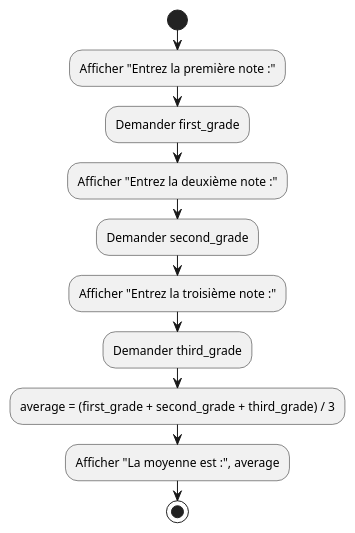
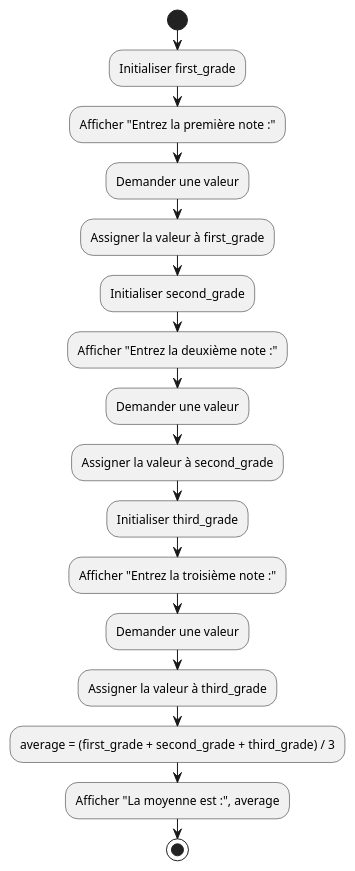
The first of 10 diagrams in 02.01-sequence-selection-iteration/02-exercices/README.md (HEIG-VD-Prog-Course/HEIG-VD-ProgIM-Course), drawn with PlantUML before and after one commit. The commit also changed other lines of this file, not shown here.

````diff
--- a/02.01-sequence-selection-iteration/02-exercices/README.md
+++ b/02.01-sequence-selection-iteration/02-exercices/README.md
@@ -126,14 +140,20 @@
 ```plantuml
 @startuml
 start
+:Initialiser first_grade;
 :Afficher "Entrez la première note :";
-:Demander first_grade;
+:Demander une valeur;
+:Assigner la valeur à first_grade;
+:Initialiser second_grade;
 :Afficher "Entrez la deuxième note :";
-:Demander second_grade;
+:Demander une valeur;
+:Assigner la valeur à second_grade;
+:Initialiser third_grade;
 :Afficher "Entrez la troisième note :";
-:Demander third_grade;
+:Demander une valeur;
+:Assigner la valeur à third_grade;
 :average = (first_grade + second_grade + third_grade) / 3;
 :Afficher "La moyenne est :", average;
 stop
 @enduml
 ```
````
